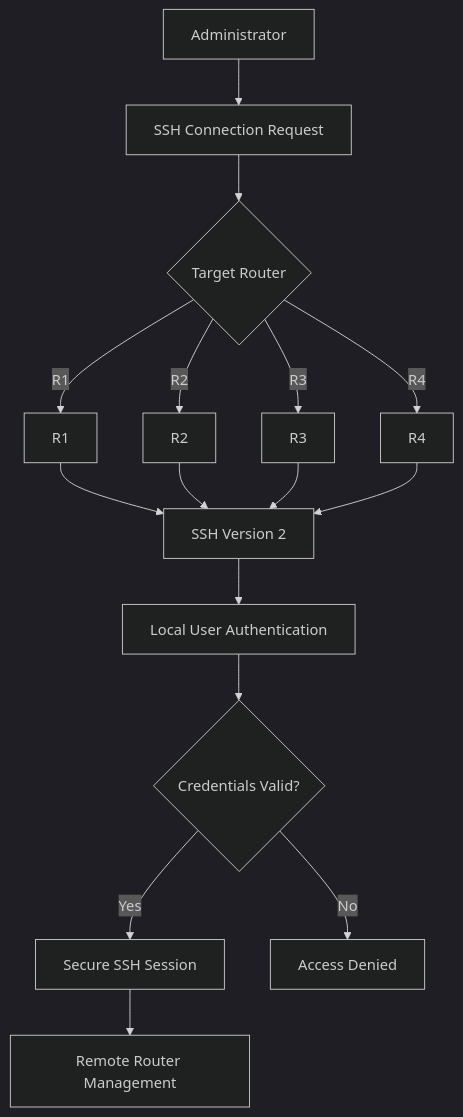
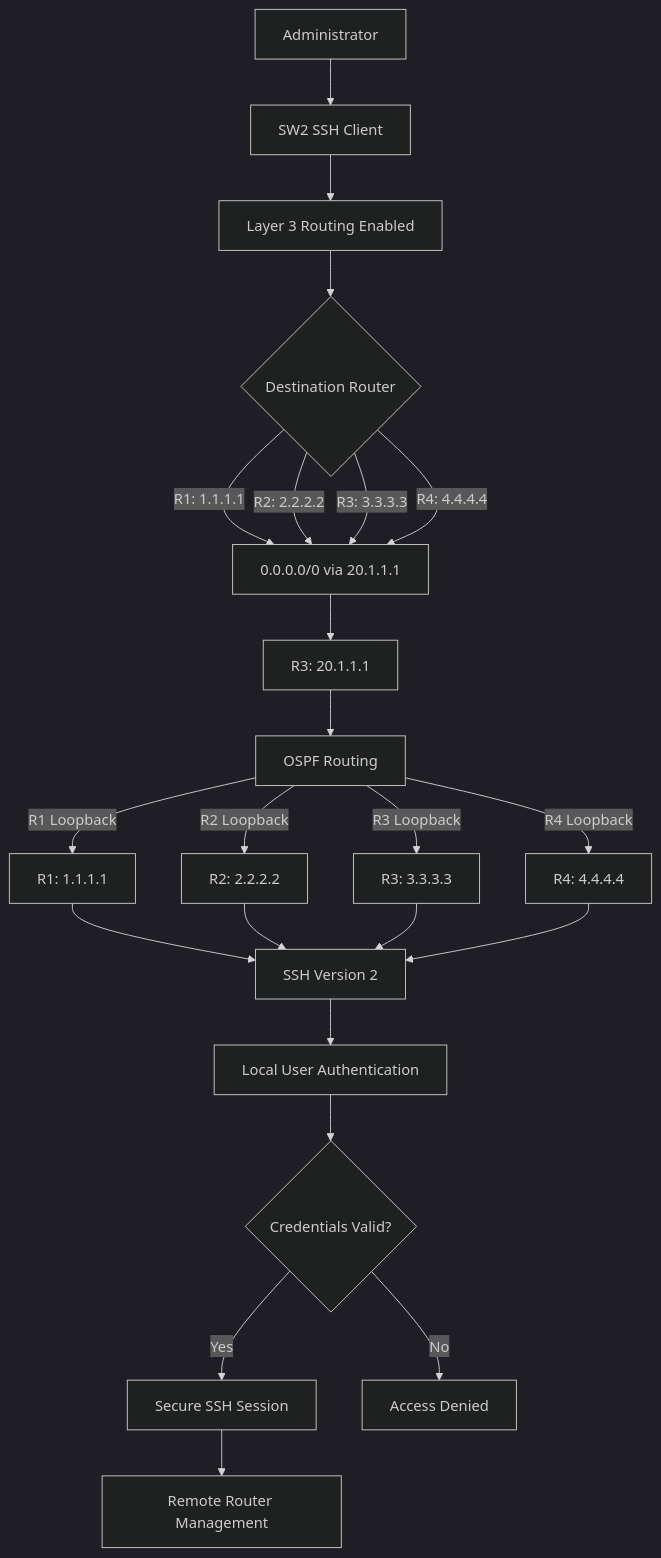
The fourth of 4 diagrams in README.md (sohamCyber-08/-Enterprise-Multi-Router-OSPF-Network-Full-Mesh-Area-0), drawn with Mermaid (dark theme) before and after one commit.

````diff
--- a/README.md
+++ b/README.md
@@ -870,18 +870,34 @@
 ```mermaid
 flowchart TD
-    A["Administrator"] --> B["SSH Connection Request"]
-    B --> C{"Target Router"}
-    C -->|R1| D["R1"]
-    C -->|R2| E["R2"]
-    C -->|R3| F["R3"]
-    C -->|R4| G["R4"]
-    D --> H["SSH Version 2"]
-    E --> H
-    F --> H
-    G --> H
+    A["Administrator"] --> B["SW2 SSH Client"]
+
+    B --> C["Layer 3 Routing Enabled"]
+    C --> D{"Destination Router"}
+
+    D -->|R1: 1.1.1.1| E["Default Route"]
+    D -->|R2: 2.2.2.2| E
+    D -->|R3: 3.3.3.3| E
+    D -->|R4: 4.4.4.4| E
+
+    E["0.0.0.0/0 via 20.1.1.1"] --> F["R3: 20.1.1.1"]
+
+    F --> G["OSPF Routing"]
+    
+    G -->|R1 Loopback| R1["R1: 1.1.1.1"]
+    G -->|R2 Loopback| R2["R2: 2.2.2.2"]
+    G -->|R3 Loopback| R3["R3: 3.3.3.3"]
+    G -->|R4 Loopback| R4["R4: 4.4.4.4"]
+
+    R1 --> H["SSH Version 2"]
+    R2 --> H
+    R3 --> H
+    R4 --> H
+
     H --> I["Local User Authentication"]
     I --> J{"Credentials Valid?"}
+
     J -->|Yes| K["Secure SSH Session"]
     J -->|No| L["Access Denied"]
+
     K --> M["Remote Router Management"]
 ```
````
